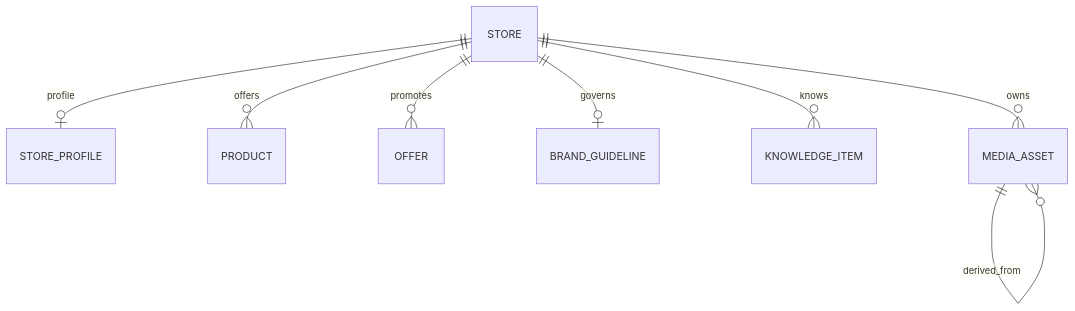
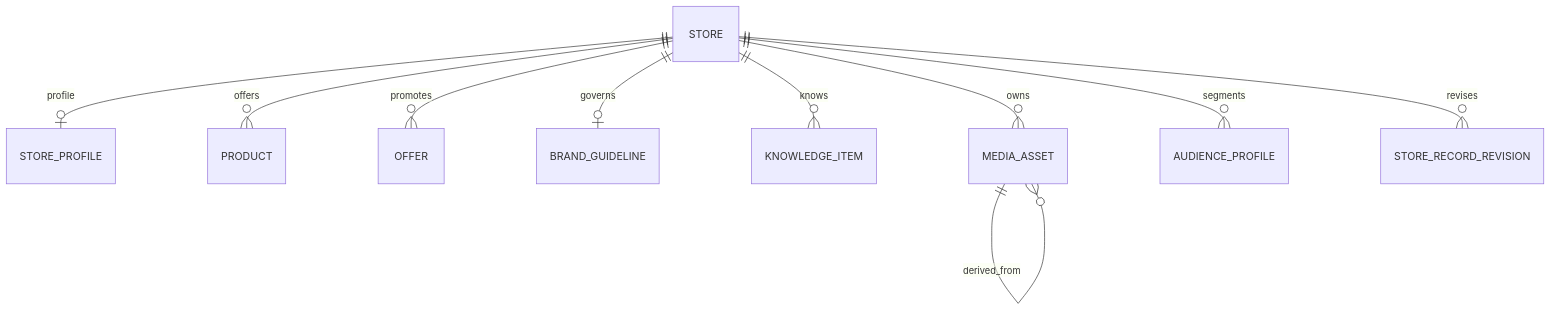
One commit to dujiu1024-dotcom/Smart-Marketing changed the second of 4 diagrams in docs/CORE_DATA_MODEL_AND_API_SCHEMAS_V1.md. Above: the diagram before and after it, drawn with Mermaid. The commit also changed other lines of this file, not shown here.

Commit message:
docs(core-model): align membership, store facts and job status contracts

````diff
--- a/docs/CORE_DATA_MODEL_AND_API_SCHEMAS_V1.md
+++ b/docs/CORE_DATA_MODEL_AND_API_SCHEMAS_V1.md
@@ -51,10 +52,12 @@
 ```mermaid
 erDiagram
   STORE ||--o| STORE_PROFILE : profile
   STORE ||--o{ PRODUCT : offers
   STORE ||--o{ OFFER : promotes
   STORE ||--o| BRAND_GUIDELINE : governs
   STORE ||--o{ KNOWLEDGE_ITEM : knows
   STORE ||--o{ MEDIA_ASSET : owns
+  STORE ||--o{ AUDIENCE_PROFILE : segments
+  STORE ||--o{ STORE_RECORD_REVISION : revises
   MEDIA_ASSET ||--o{ MEDIA_ASSET : derived_from
 ```
````
